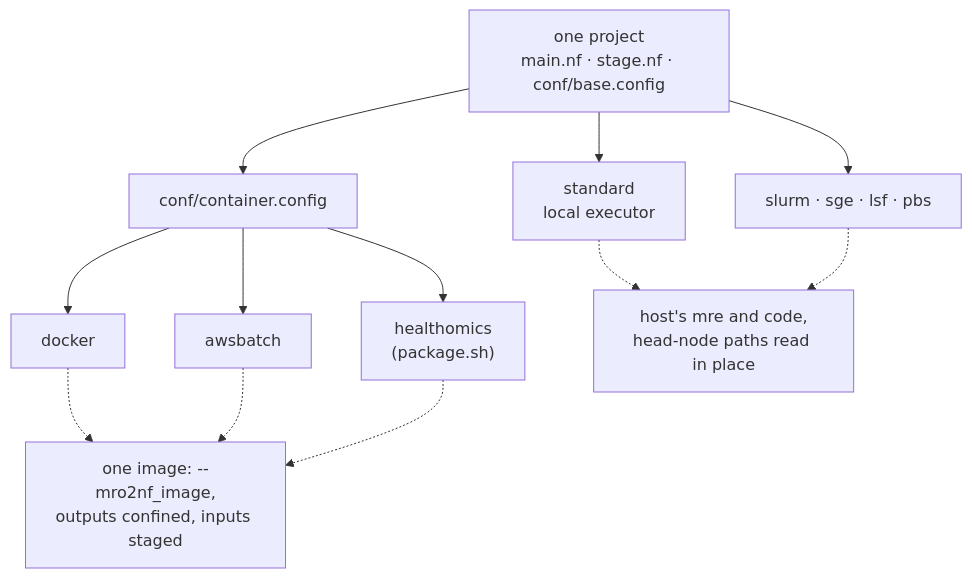
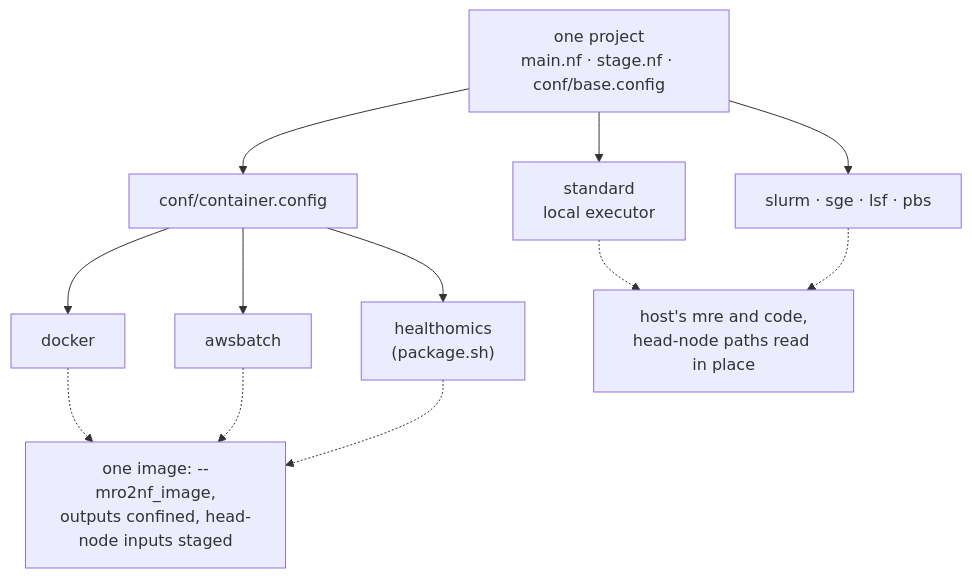
Before and after one commit to eunmann/mro2nf: the diagram in docs/architecture/targets.md, drawn with Mermaid. The commit also changed other lines of this file and 14 other files, not shown here.

````diff
--- a/docs/architecture/targets.md
+++ b/docs/architecture/targets.md
@@ -9,12 +11,12 @@
 ```mermaid
 flowchart TD
     project["one project<br/>main.nf · stage.nf · conf/base.config"]
     project --> local["standard<br/>local executor"]
     project --> grid["slurm · sge · lsf · pbs"]
     project --> container["conf/container.config"]
     container --> docker["docker"]
     container --> batch["awsbatch"]
     container --> omics["healthomics<br/>(package.sh)"]
     local & grid -.-> host["host's mre and code,<br/>head-node paths read in place"]
-    docker & batch & omics -.-> image["one image: --mro2nf_image,<br/>outputs confined, inputs staged"]
+    docker & batch & omics -.-> image["one image: --mro2nf_image,<br/>outputs confined, head-node inputs staged"]
 ```
````
